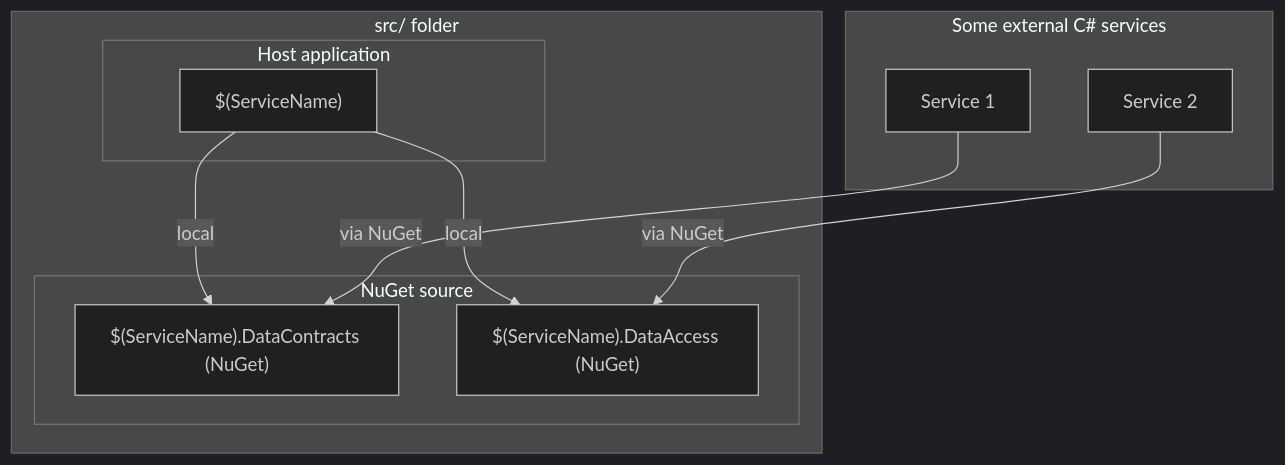
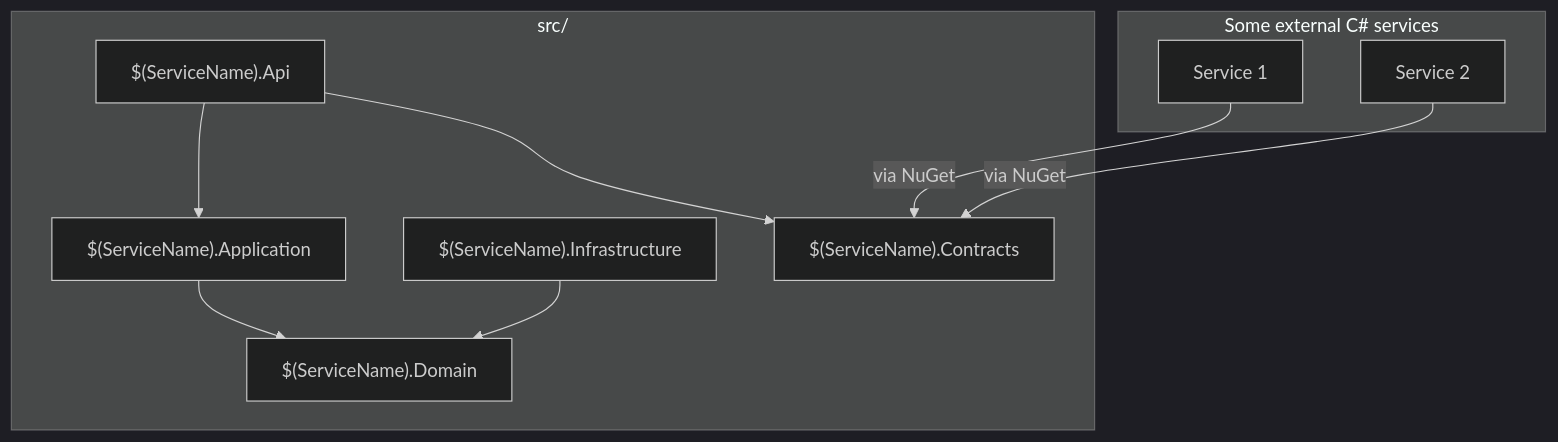
Before and after one commit to yborisovp-old/CSharp-microservice-template: the diagram in README.md, drawn with Mermaid (dark theme). The commit also changed other lines of this file and 41 other files, not shown here.

````diff
--- a/README.md
+++ b/README.md
@@ -47,25 +17,24 @@
 ```mermaid
 graph TD;
     
-    subgraph Src_Folder ["src/ folder"]
-        subgraph Host_Application ["Host application"]
-            Host["$(ServiceName)"]
-        end
+    subgraph Src_Folder ["src/"]
+        Api["$(ServiceName).Api"]
+        Application["$(ServiceName).Application"]
+        Domain["$(ServiceName).Domain"]
+        Infrastructure["$(ServiceName).Infrastructure"]
+        Contracts["$(ServiceName).Contracts"]
+    end
 
-        subgraph NuGet_Packages ["NuGet source"]
-            DataContracts["$(ServiceName).DataContracts (NuGet)"]
-            DataAccess["$(ServiceName).DataAccess (NuGet)"]
-        end
-        
-        Host -->|local| DataContracts
-        Host -->|local| DataAccess
-    end
+    Api --> Application
+    Application --> Domain
+    Infrastructure --> Domain
+    Api --> Contracts
     
     subgraph Other_Services ["Some external C# services"]
         OtherService1["Service 1"]
         OtherService2["Service 2"]
     end
     
-    OtherService1 -->|via NuGet| DataContracts
-    OtherService2 -->|via NuGet| DataAccess
+    OtherService1 -->|via NuGet| Contracts
+    OtherService2 -->|via NuGet| Contracts
 ```
````
